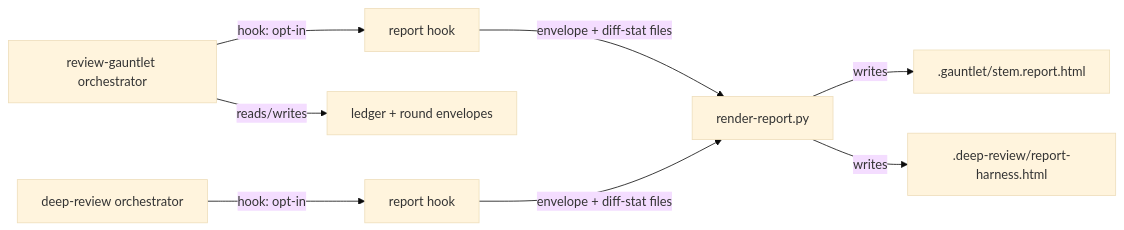
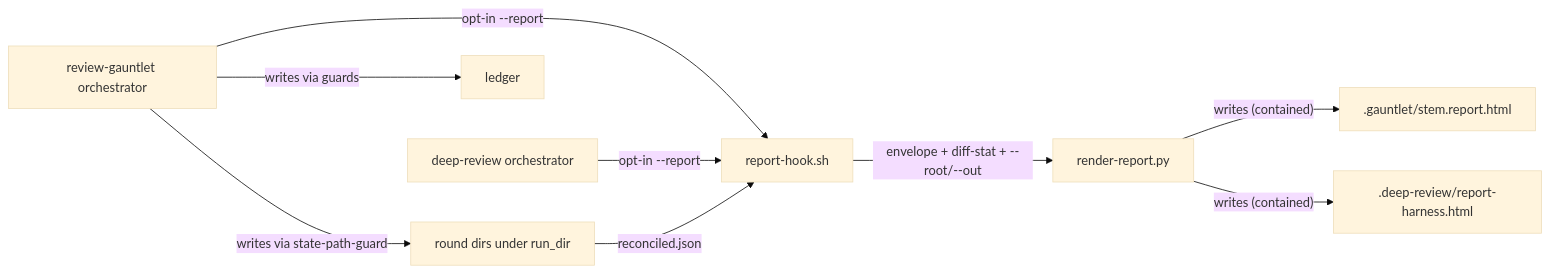
The first of 3 diagrams in docs/dev_plans/20261008-feature-review-output-formats.md (vr000m/skein), drawn with Mermaid (base theme) before and after one commit. The commit also changed other lines of this file, not shown here.

Commit message:
docs: fold review round 2 findings into review-output-formats plan

````diff
--- a/docs/dev_plans/20261008-feature-review-output-formats.md
+++ b/docs/dev_plans/20261008-feature-review-output-formats.md
@@ -136,10 +152,11 @@
 ```mermaid
 graph LR
-    G["review-gauntlet orchestrator"] -->|"hook: opt-in"| H1["report hook"]
-    D["deep-review orchestrator"] -->|"hook: opt-in"| H2["report hook"]
-    H1 -->|"envelope + diff-stat files"| R["render-report.py"]
-    H2 -->|"envelope + diff-stat files"| R
-    R -->|"writes"| O1[".gauntlet/stem.report.html"]
-    R -->|"writes"| O2[".deep-review/report-harness.html"]
-    G -->|"reads/writes"| L["ledger + round envelopes"]
+    G["review-gauntlet orchestrator"] -->|"opt-in --report"| HK["report-hook.sh"]
+    D["deep-review orchestrator"] -->|"opt-in --report"| HK
+    HK -->|"envelope + diff-stat + --root/--out"| R["render-report.py"]
+    R -->|"writes (contained)"| O1[".gauntlet/stem.report.html"]
+    R -->|"writes (contained)"| O2[".deep-review/report-harness.html"]
+    G -->|"writes via guards"| LG["ledger"]
+    G -->|"writes via state-path-guard"| RD["round dirs under run_dir"]
+    RD -->|"reconciled.json"| HK
 ```
````
